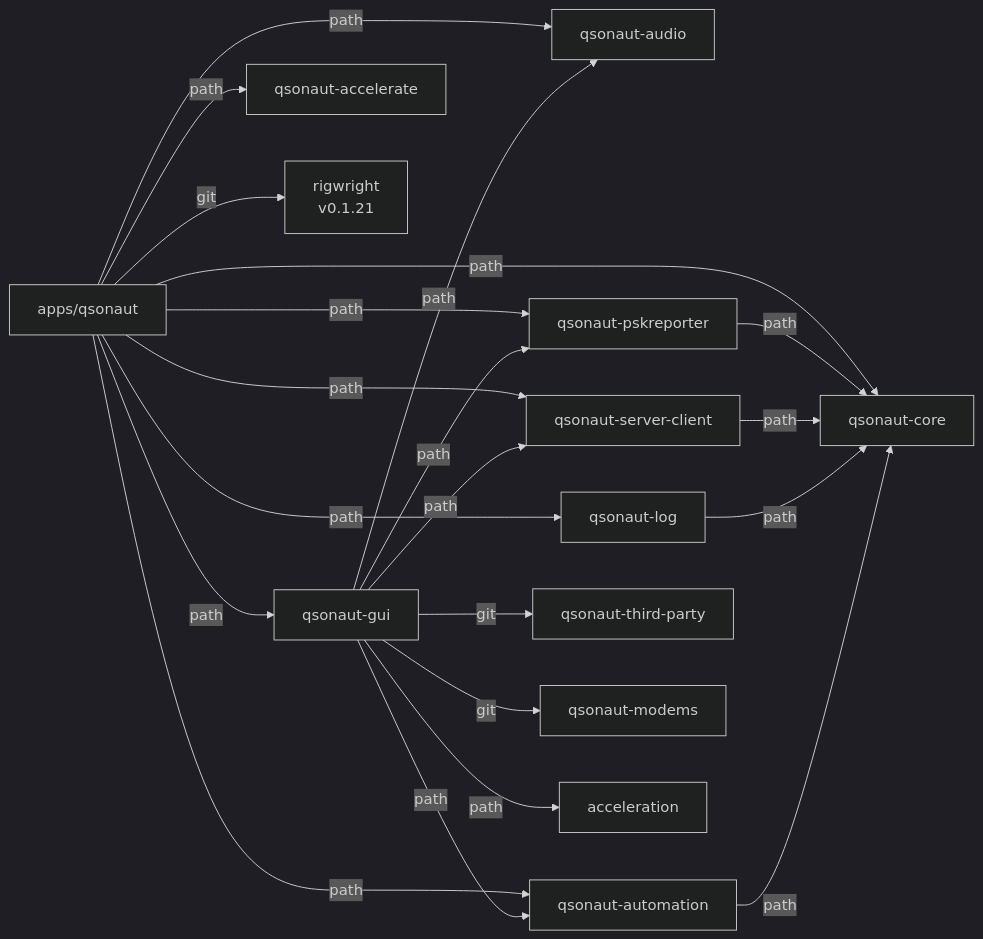
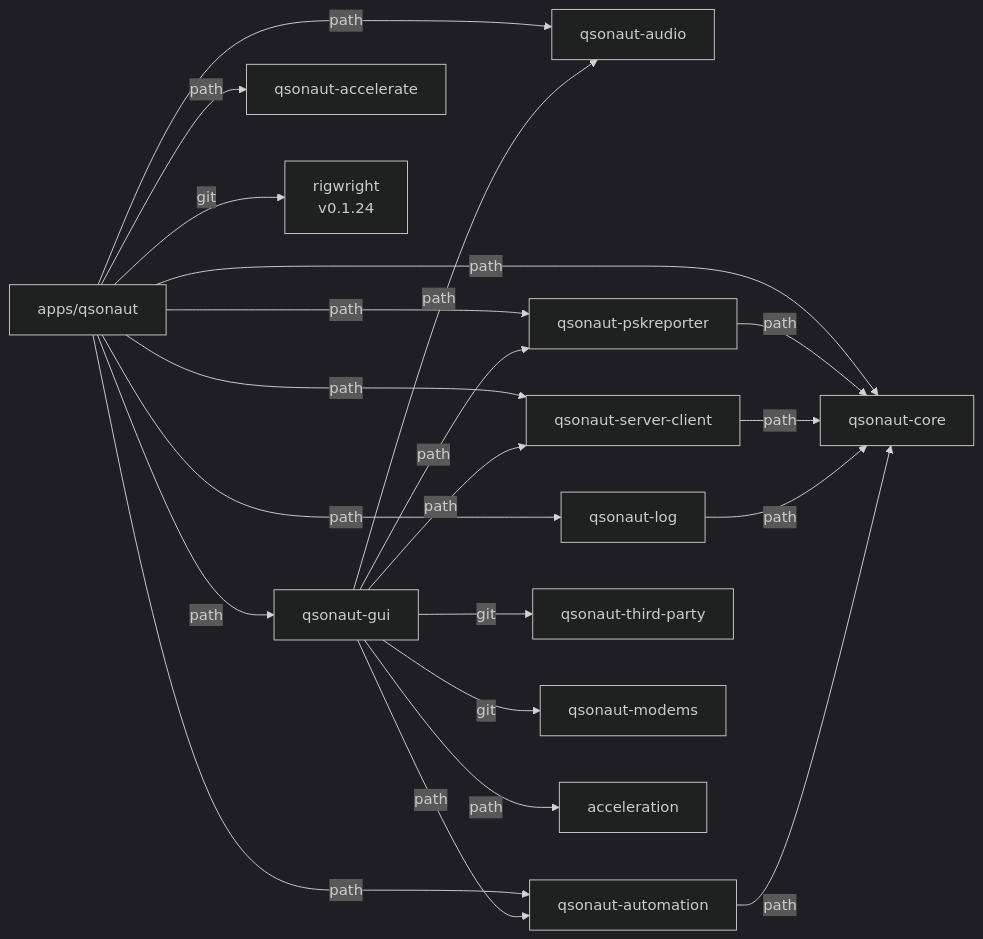
Before and after one commit to nicksbar/QSONaut: the third of 6 diagrams in docs/ARCHITECTURE.md, drawn with Mermaid (dark theme). The commit also changed other lines of this file and 18 other files, not shown here.

````diff
--- a/docs/ARCHITECTURE.md
+++ b/docs/ARCHITECTURE.md
@@ -90,38 +90,38 @@
 ```mermaid
 graph LR
     qsonaut[apps/qsonaut]
     audio[qsonaut-audio]
     core[qsonaut-core]
     gui[qsonaut-gui]
     log[qsonaut-log]
     automation[qsonaut-automation]
     psk[qsonaut-pskreporter]
     server-client[qsonaut-server-client]
     accelerate[qsonaut-accelerate]
     third-party[qsonaut-third-party]
     modems[qsonaut-modems]
-    rigwright[rigwright<br/>v0.1.21]
+    rigwright[rigwright<br/>v0.1.24]
     
     qsonaut -->|path| gui
     qsonaut -->|path| core
     qsonaut -->|path| audio
     qsonaut -->|path| log
     qsonaut -->|path| automation
     qsonaut -->|path| psk
     qsonaut -->|path| server-client
     qsonaut -->|path| accelerate
     qsonaut -->|git| rigwright
     
     gui -->|git| third-party
     gui -->|git| modems
     gui -->|path| audio
     gui -->|path| acceleration
     gui -->|path| automation
     gui -->|path| server-client
     gui -->|path| psk
     
     psk -->|path| core
     server-client -->|path| core
     log -->|path| core
     automation -->|path| core
 ```
````
